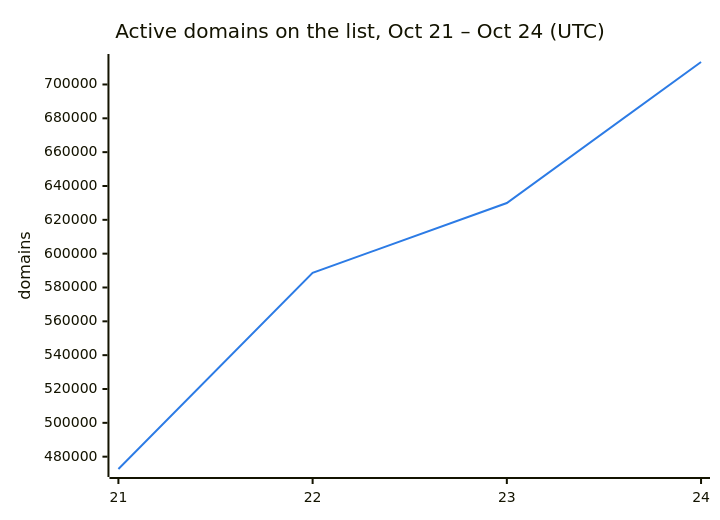
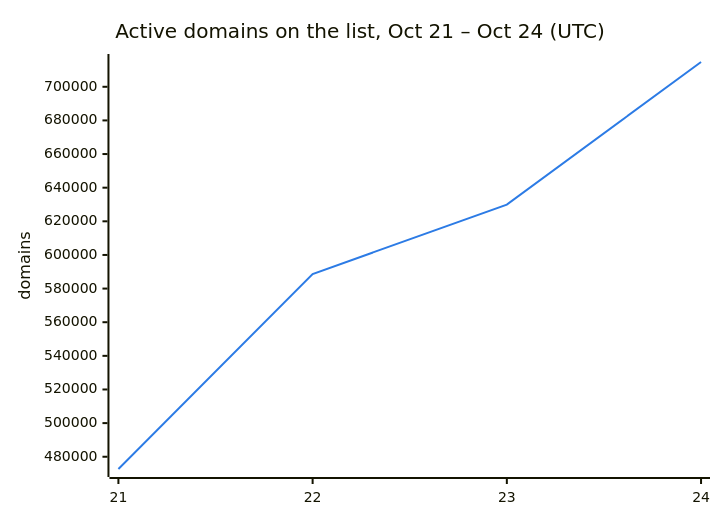
Before and after one commit to DNSBunker/CTI: the second of 3 diagrams in README.md, drawn with Mermaid. The commit also changed other lines of this file and 3 other files, not shown here.

````diff
--- a/README.md
+++ b/README.md
@@ -38,8 +38,8 @@
 ```mermaid
 %%{init: {"themeVariables": {"xyChart": {"plotColorPalette": "#2c7be5"}}}}%%
 xychart-beta
     title "Active domains on the list, Oct 21 – Oct 24 (UTC)"
     x-axis ["21", "22", "23", "24"]
     y-axis "domains"
-    line [472713, 588659, 629951, 713289]
+    line [472713, 588659, 629951, 714736]
 ```
````
